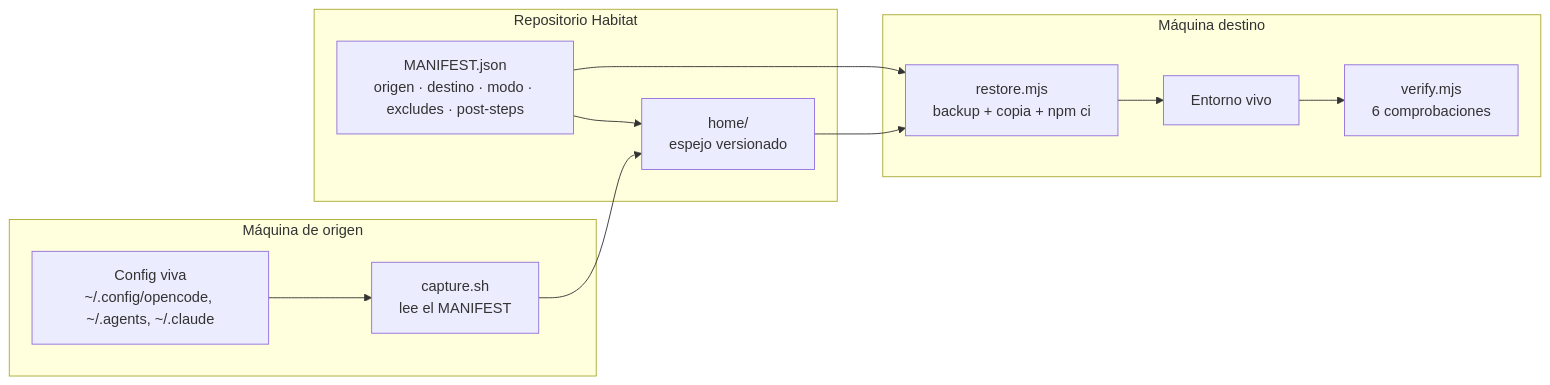
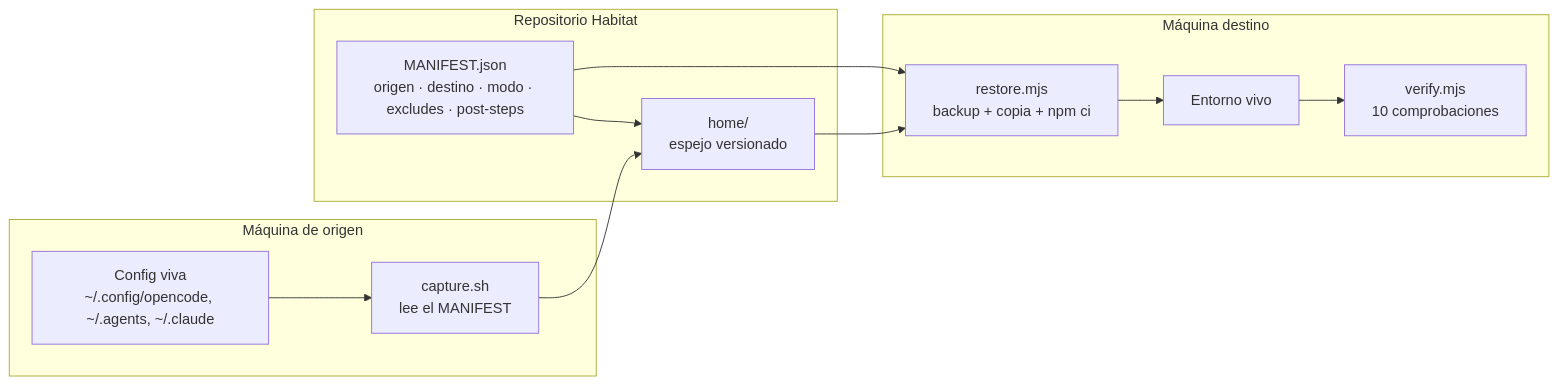
Before and after one commit to FacundoECornet/Habitat: the first of 3 diagrams in docs/ARCHITECTURE.md, drawn with Mermaid. The commit also changed other lines of this file and 16 other files, not shown here.

````diff
--- a/docs/ARCHITECTURE.md
+++ b/docs/ARCHITECTURE.md
@@ -10,21 +10,21 @@
 ```mermaid
 flowchart LR
     subgraph SRC[Máquina de origen]
         LIVE[Config viva<br/>~/.config/opencode, ~/.agents, ~/.claude]
         CAP[capture.sh<br/>lee el MANIFEST]
     end
     subgraph REPO[Repositorio Habitat]
         MAN[MANIFEST.json<br/>origen · destino · modo · excludes · post-steps]
         PAYLOAD[home/<br/>espejo versionado]
     end
     subgraph DST[Máquina destino]
         ENG[restore.mjs<br/>backup + copia + npm ci]
-        VER[verify.mjs<br/>6 comprobaciones]
+        VER[verify.mjs<br/>10 comprobaciones]
         NEW[Entorno vivo]
     end
     LIVE --> CAP --> PAYLOAD
     MAN --> PAYLOAD
     MAN --> ENG
     PAYLOAD --> ENG --> NEW
     NEW --> VER
 ```
````
